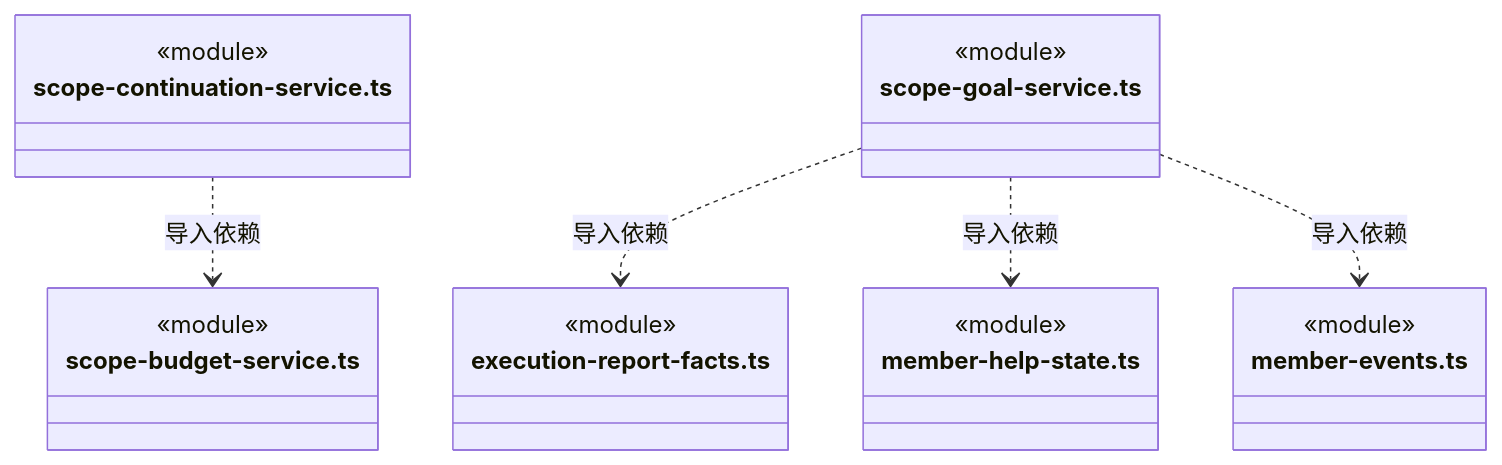
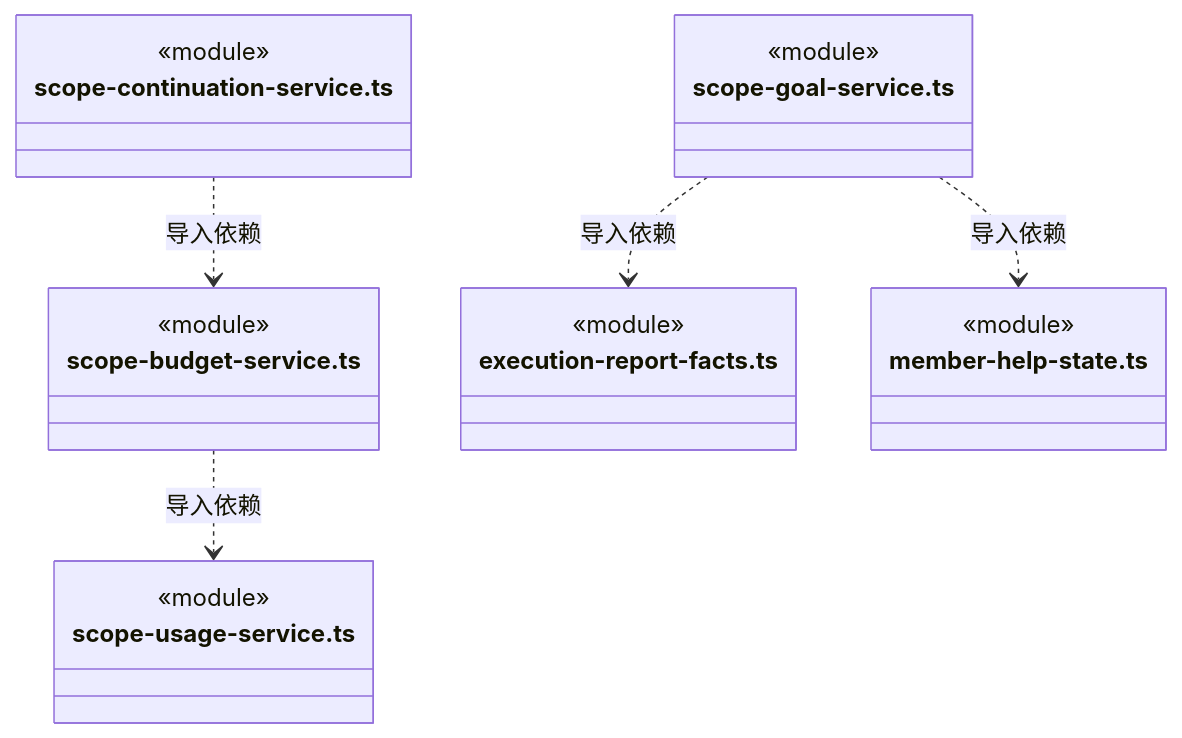
Before and after one commit to nan023062/cbim: diagram 53 of 59 in src/backend/scheduler-engine/execution/ARCHITECTURE.md, drawn with Mermaid. The commit also changed other lines of this file and 52 other files, not shown here.

````diff
--- a/src/backend/scheduler-engine/execution/ARCHITECTURE.md
+++ b/src/backend/scheduler-engine/execution/ARCHITECTURE.md
@@ -1352,25 +1414,25 @@
 ```mermaid
 classDiagram
-class N_src_backend_scheduler_engine_execution_scope_continuation_service_ts["scope-continuation-service.ts"] {
+class N_src_backend_scheduler_engine_execution_scope_budget_service_ts["scope-budget-service.ts"] {
   <<module>>
 }
-class N_src_backend_scheduler_engine_execution_scope_budget_service_ts["scope-budget-service.ts"] {
+class N_src_backend_scheduler_engine_execution_scope_usage_service_ts["scope-usage-service.ts"] {
+  <<module>>
+}
+class N_src_backend_scheduler_engine_execution_scope_continuation_service_ts["scope-continuation-service.ts"] {
   <<module>>
 }
 class N_src_backend_scheduler_engine_execution_scope_goal_service_ts["scope-goal-service.ts"] {
   <<module>>
 }
 class N_src_backend_scheduler_engine_execution_execution_report_facts_ts["execution-report-facts.ts"] {
   <<module>>
 }
 class N_src_backend_scheduler_engine_execution_member_help_state_ts["member-help-state.ts"] {
   <<module>>
 }
-class N_src_backend_scheduler_engine_execution_member_events_ts["member-events.ts"] {
-  <<module>>
-}
+N_src_backend_scheduler_engine_execution_scope_budget_service_ts ..> N_src_backend_scheduler_engine_execution_scope_usage_service_ts : 导入依赖
 N_src_backend_scheduler_engine_execution_scope_continuation_service_ts ..> N_src_backend_scheduler_engine_execution_scope_budget_service_ts : 导入依赖
 N_src_backend_scheduler_engine_execution_scope_goal_service_ts ..> N_src_backend_scheduler_engine_execution_execution_report_facts_ts : 导入依赖
 N_src_backend_scheduler_engine_execution_scope_goal_service_ts ..> N_src_backend_scheduler_engine_execution_member_help_state_ts : 导入依赖
-N_src_backend_scheduler_engine_execution_scope_goal_service_ts ..> N_src_backend_scheduler_engine_execution_member_events_ts : 导入依赖
 ```
````
